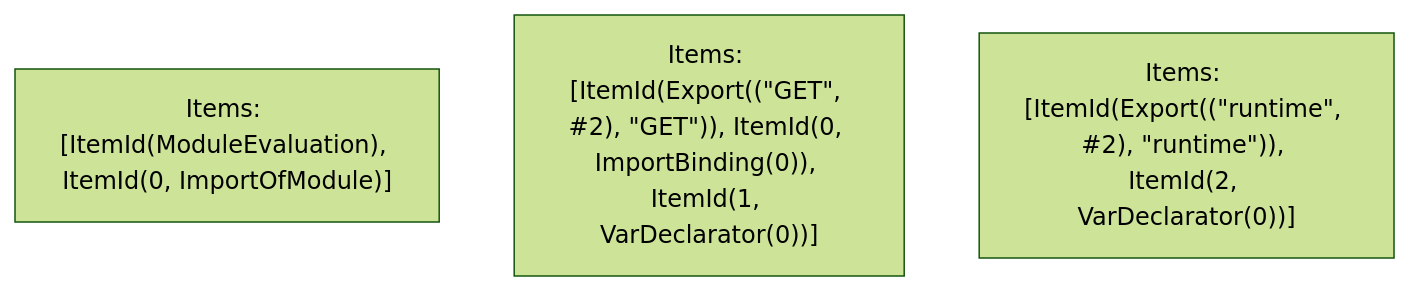
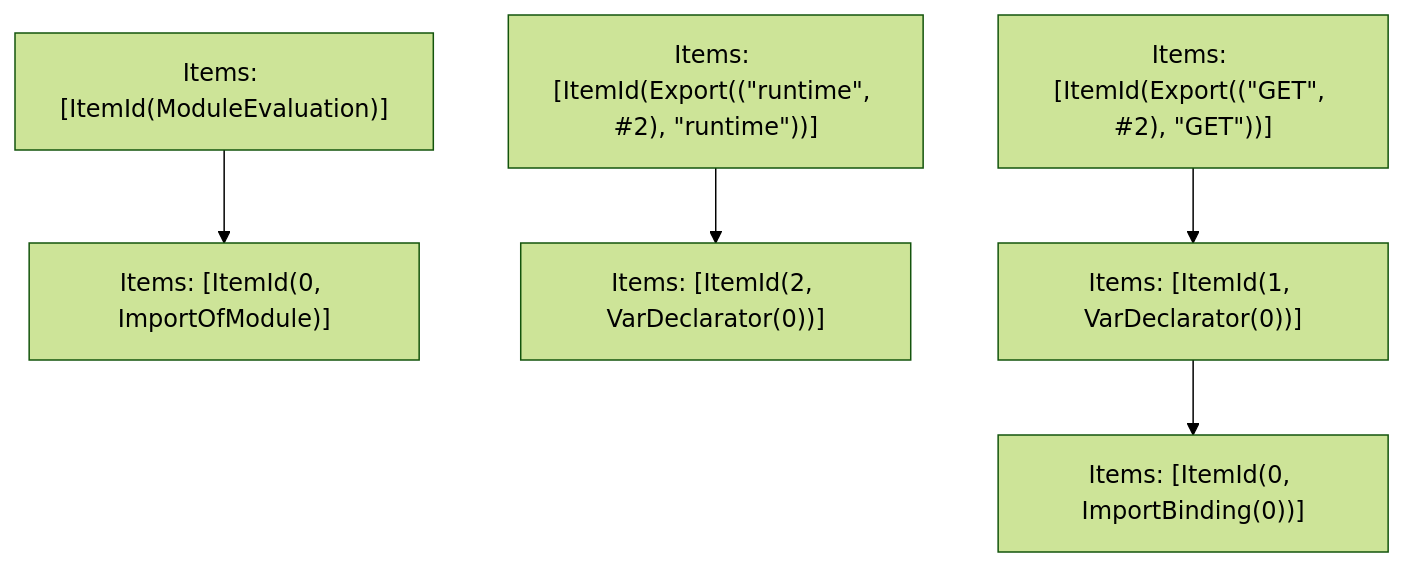
Before and after one commit to vercel/turborepo: the fifth of 5 diagrams in crates/turbopack-ecmascript/tests/tree-shaker/analyzer/route-handler/output.md, drawn with Mermaid (forest theme). The commit also changed other lines of this file and 72 other files, not shown here.

````diff
--- a/crates/turbopack-ecmascript/tests/tree-shaker/analyzer/route-handler/output.md
+++ b/crates/turbopack-ecmascript/tests/tree-shaker/analyzer/route-handler/output.md
@@ -117,6 +117,14 @@
 ```mermaid
 graph TD
-    N0["Items: [ItemId(ModuleEvaluation), ItemId(0, ImportOfModule)]"];
-    N1["Items: [ItemId(Export((&quot;GET&quot;, #2), &quot;GET&quot;)), ItemId(0, ImportBinding(0)), ItemId(1, VarDeclarator(0))]"];
-    N2["Items: [ItemId(Export((&quot;runtime&quot;, #2), &quot;runtime&quot;)), ItemId(2, VarDeclarator(0))]"];
+    N0["Items: [ItemId(0, ImportOfModule)]"];
+    N1["Items: [ItemId(ModuleEvaluation)]"];
+    N2["Items: [ItemId(2, VarDeclarator(0))]"];
+    N3["Items: [ItemId(Export((&quot;runtime&quot;, #2), &quot;runtime&quot;))]"];
+    N4["Items: [ItemId(0, ImportBinding(0))]"];
+    N5["Items: [ItemId(1, VarDeclarator(0))]"];
+    N6["Items: [ItemId(Export((&quot;GET&quot;, #2), &quot;GET&quot;))]"];
+    N5 --> N4;
+    N6 --> N5;
+    N3 --> N2;
+    N1 --> N0;
 ```
````
